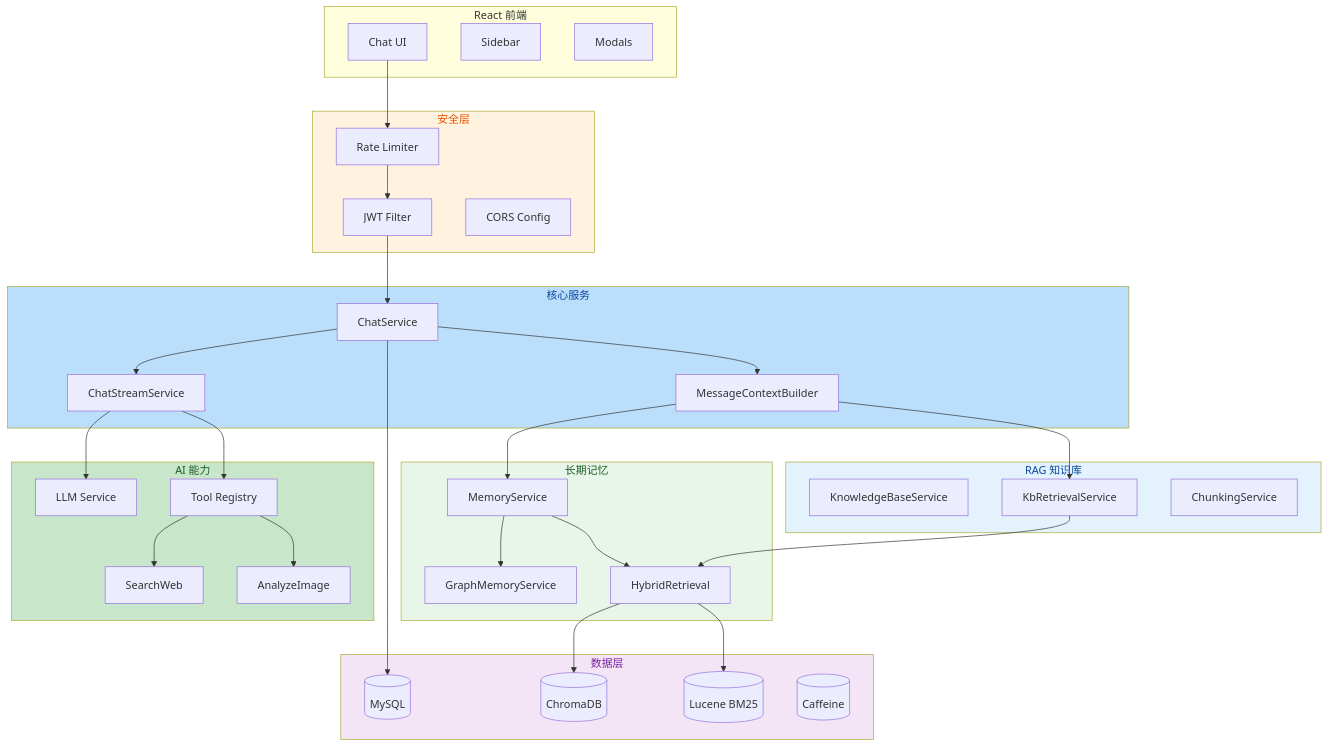
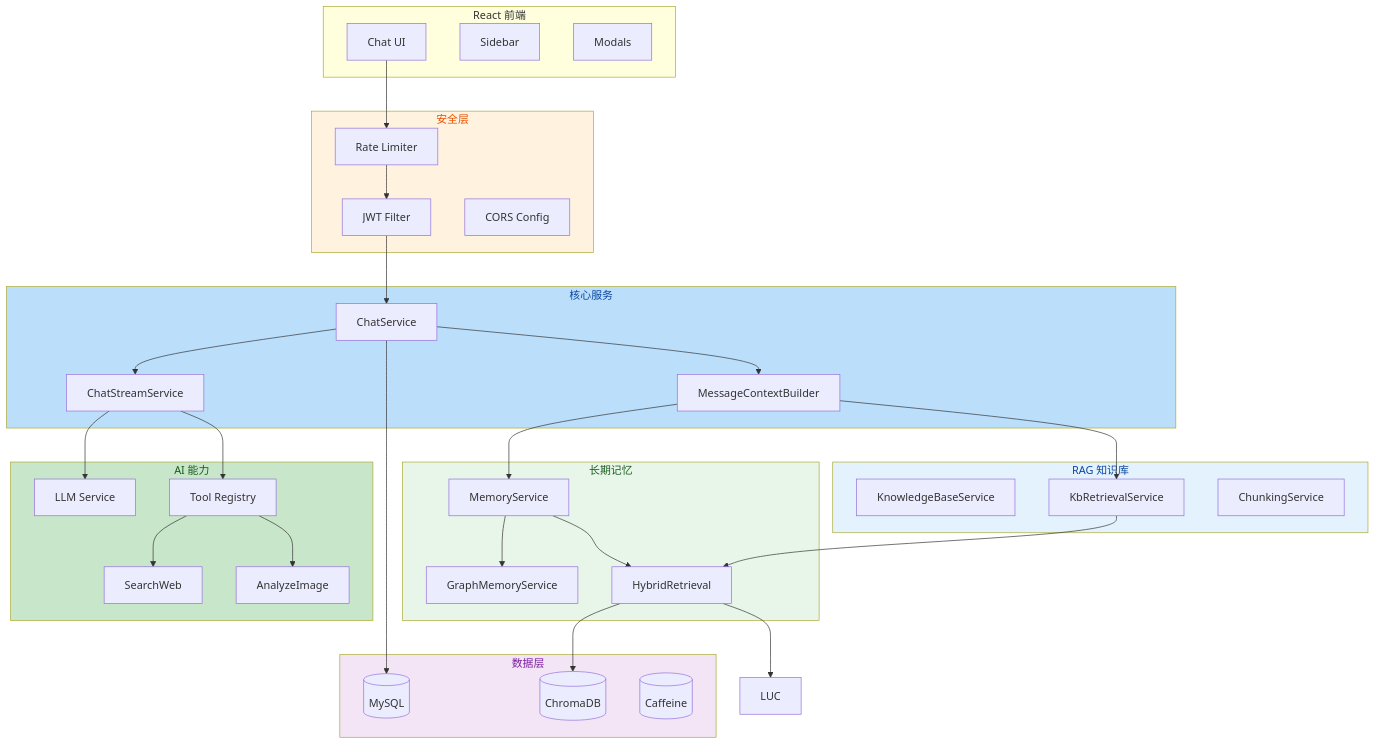
Before and after one commit to kleetor/AiChat: the second of 2 diagrams in README.md, drawn with Mermaid. The commit also changed other lines of this file and 17 other files, not shown here.

````diff
--- a/README.md
+++ b/README.md
@@ -361,70 +358,69 @@
 ```mermaid
 flowchart TB
     subgraph Frontend["React 前端"]
         FE[Chat UI]
         SS[Sidebar]
         MD[Modals]
     end
 
     subgraph Security["安全层"]
         RL[Rate Limiter]
         JWT[JWT Filter]
         CORS[CORS Config]
     end
 
     subgraph Core["核心服务"]
         CS[ChatService]
         CSS[ChatStreamService]
         MCB[MessageContextBuilder]
     end
 
     subgraph Memory["长期记忆"]
         MS[MemoryService]
         GM[GraphMemoryService]
         HR[HybridRetrieval]
     end
 
     subgraph KB["RAG 知识库"]
         KBS[KnowledgeBaseService]
         KBR[KbRetrievalService]
         CHK[ChunkingService]
     end
 
     subgraph AILayer["AI 能力"]
         LLM[LLM Service]
         TR[Tool Registry]
         SW[SearchWeb]
         Img[AnalyzeImage]
     end
 
     subgraph DataLayer["数据层"]
         DB[(MySQL)]
         CDB[(ChromaDB)]
-        LUC[(Lucene BM25)]
         Cache[(Caffeine)]
     end
 
     FE --> RL --> JWT
     JWT --> CS
     CS --> MCB
     CS --> CSS
     CSS --> LLM
     CSS --> TR
     TR --> SW
     TR --> Img
     MCB --> MS
     MCB --> KBR
     MS --> GM
     MS --> HR
     KBR --> HR
     HR --> CDB
     HR --> LUC
     CS --> DB
 
     style Security fill:#fff3e0,color:#e65100
     style Core fill:#bbdefb,color:#0d47a1
     style Memory fill:#e8f5e9,color:#1b5e20
     style KB fill:#e3f2fd,color:#0d47a1
     style AILayer fill:#c8e6c9,color:#1a5e20
     style DataLayer fill:#f3e5f5,color:#7b1fa2
 ```
````
